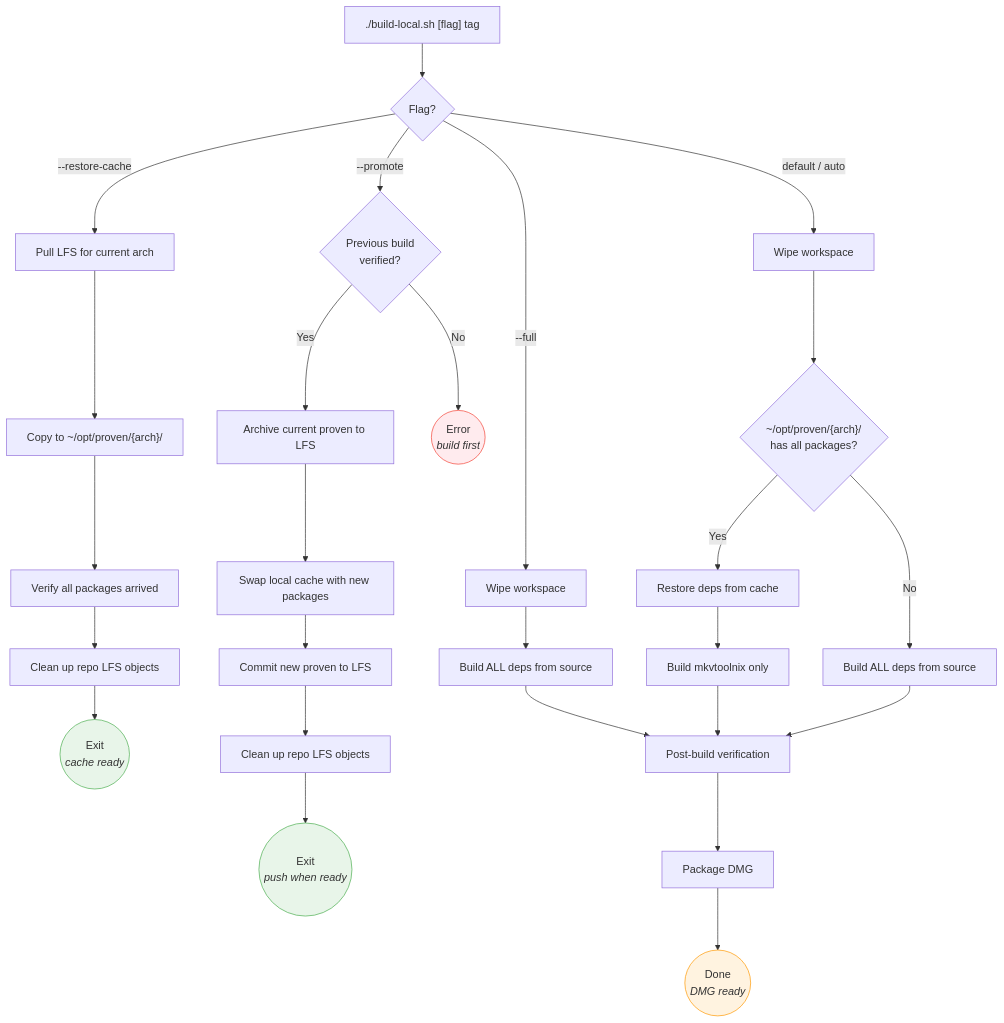
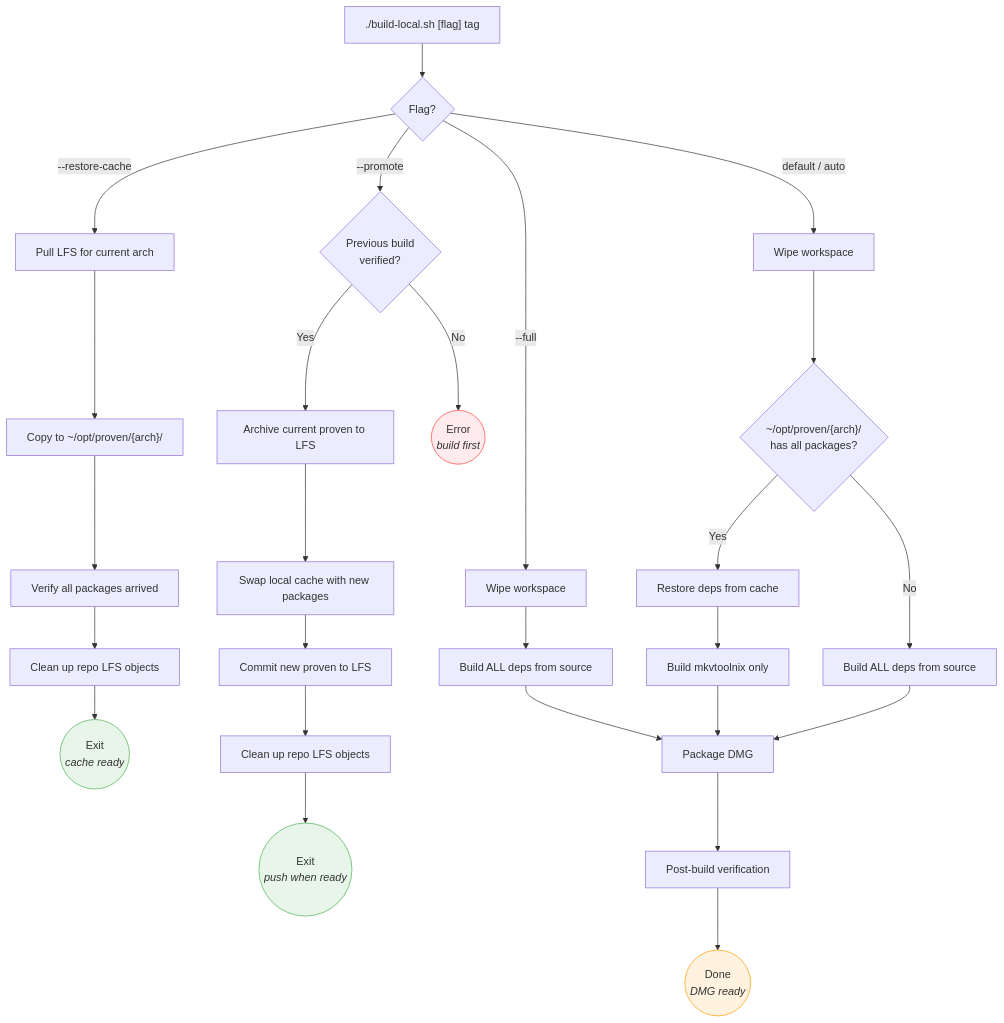
The second of 4 diagrams in docs/build-workflow.md (CorticalCode/mkvtoolnix-macos-arm), drawn with Mermaid before and after one commit.

Commit message:
fix: correct diagram order — DMG packaging before verification
The build script packages the DMG before running post-build
verification, not after. Fixes Gemini round 2 finding 001.

````diff
--- a/docs/build-workflow.md
+++ b/docs/build-workflow.md
@@ -39,38 +39,38 @@
 ```mermaid
 flowchart TD
     START["./build-local.sh [flag] tag"] --> MODE{Flag?}
 
     MODE -->|--restore-cache| RC1["Pull LFS for current arch"]
     RC1 --> RC2["Copy to ~/opt/proven/{arch}/"]
     RC2 --> RC3["Verify all packages arrived"]
     RC3 --> RC4["Clean up repo LFS objects"]
     RC4 --> RC5(("Exit<br/><i>cache ready</i>"))
 
     MODE -->|--full| F1["Wipe workspace"]
     F1 --> F2["Build ALL deps from source"]
     F2 --> POST
 
     MODE -->|default / auto| A1["Wipe workspace"]
     A1 --> A2{"~/opt/proven/{arch}/<br/>has all packages?"}
     A2 -->|Yes| A3["Restore deps from cache"]
     A3 --> A4["Build mkvtoolnix only"]
     A4 --> POST
     A2 -->|No| A5["Build ALL deps from source"]
     A5 --> POST
 
     MODE -->|--promote| P1{"Previous build<br/>verified?"}
     P1 -->|No| P2(("Error<br/><i>build first</i>"))
     P1 -->|Yes| P3["Archive current proven to LFS"]
     P3 --> P4["Swap local cache with new packages"]
     P4 --> P5["Commit new proven to LFS"]
     P5 --> P6["Clean up repo LFS objects"]
     P6 --> P7(("Exit<br/><i>push when ready</i>"))
 
-    POST["Post-build verification"] --> DMG["Package DMG"]
-    DMG --> DONE(("Done<br/><i>DMG ready</i>"))
+    POST["Package DMG"] --> VERIFY["Post-build verification"]
+    VERIFY --> DONE(("Done<br/><i>DMG ready</i>"))
 
     style RC5 fill:#e8f5e9,stroke:#4caf50
     style P2 fill:#ffebee,stroke:#f44336
     style P7 fill:#e8f5e9,stroke:#4caf50
     style DONE fill:#fff3e0,stroke:#ff9800
 ```
````
